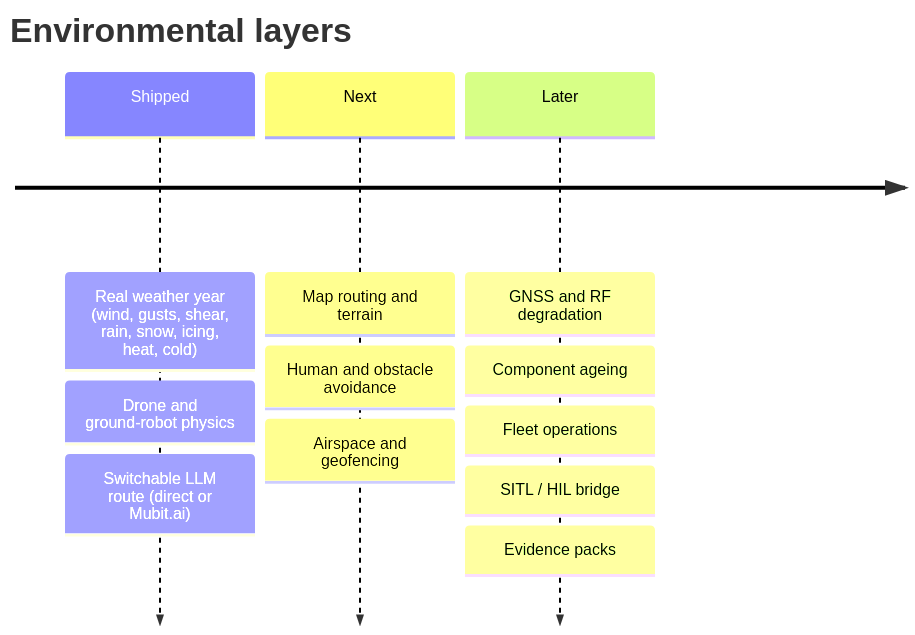
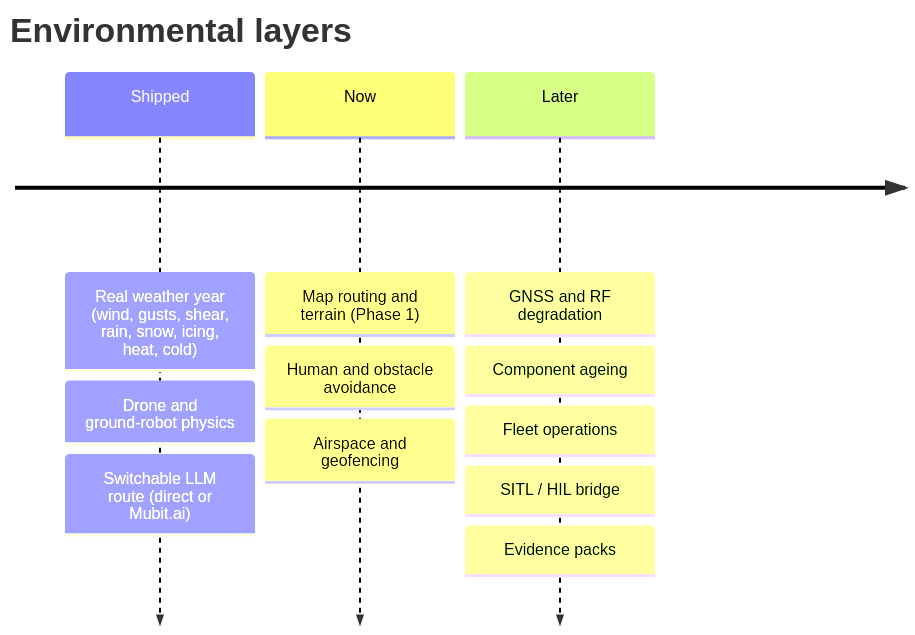
Before and after one commit to hackdavid/swarm-simulator: the diagram in docs/ROADMAP.md, drawn with Mermaid. The commit also changed other lines of this file and 21 other files, not shown here.

````diff
--- a/docs/ROADMAP.md
+++ b/docs/ROADMAP.md
@@ -7,15 +7,15 @@
 ```mermaid
 timeline
     title Environmental layers
     Shipped : Real weather year (wind, gusts, shear, rain, snow, icing, heat, cold)
             : Drone and ground-robot physics
             : Switchable LLM route (direct or Mubit.ai)
-    Next    : Map routing and terrain
+    Now     : Map routing and terrain (Phase 1)
             : Human and obstacle avoidance
             : Airspace and geofencing
     Later   : GNSS and RF degradation
             : Component ageing
             : Fleet operations
             : SITL / HIL bridge
             : Evidence packs
 ```
````
